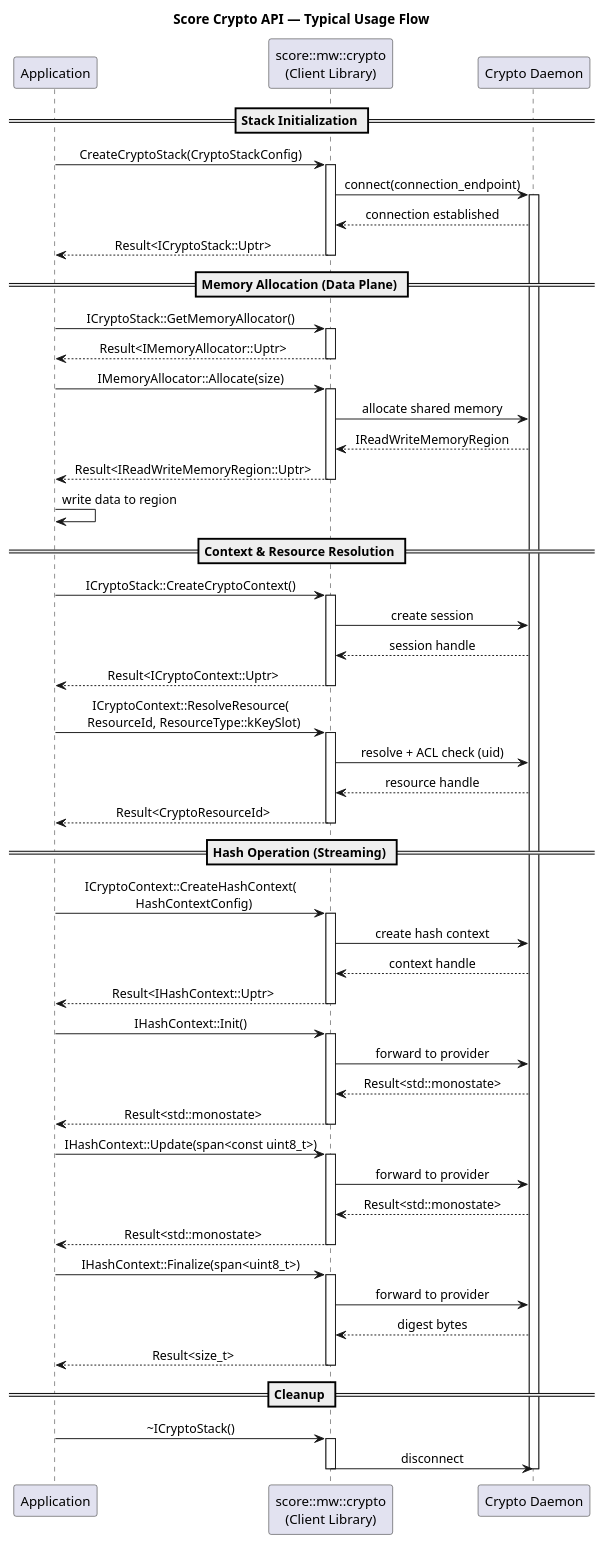
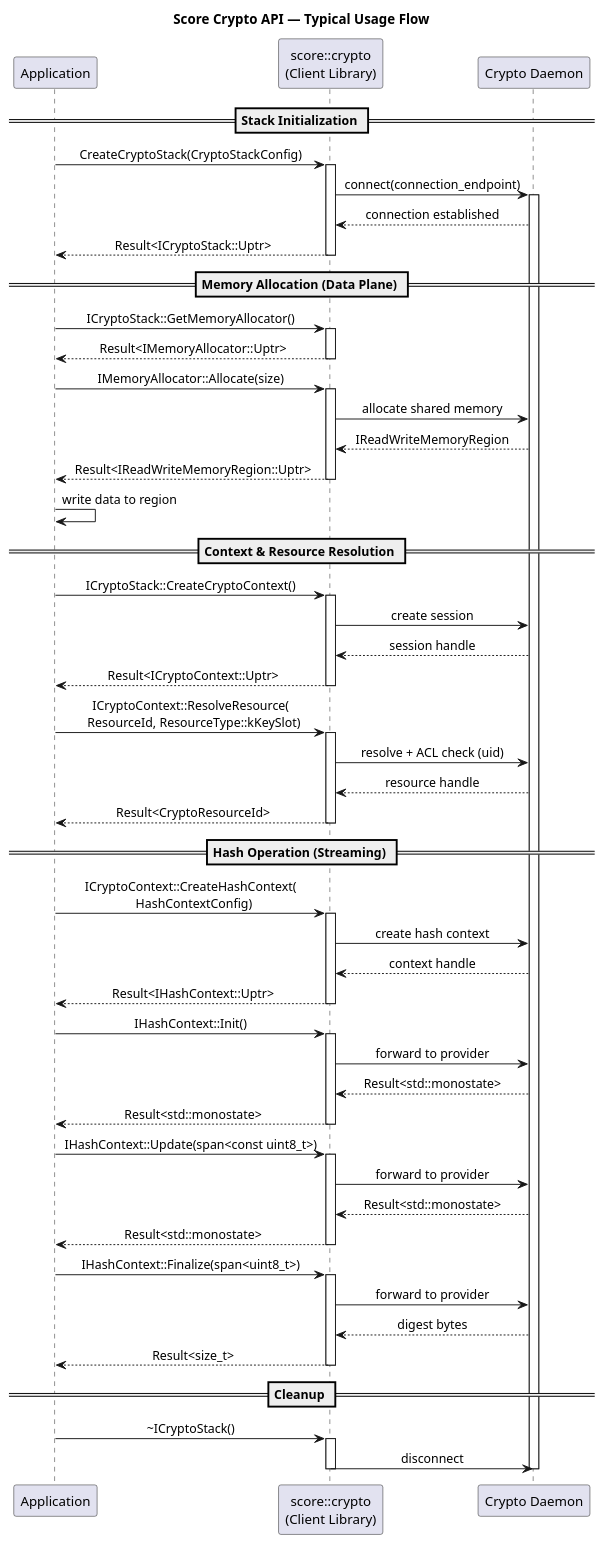
The diagram in docs/crypto/architecture/typical_usage_sequence.puml (eclipse-score/inc_security_crypto), drawn with PlantUML before and after one commit. The commit also changed 122 other files, not shown here.

Commit message:
namespace reflects folder structure, remove namespace score::mw::crypto

```diff
--- a/docs/crypto/architecture/typical_usage_sequence.puml
+++ b/docs/crypto/architecture/typical_usage_sequence.puml
@@ -1,94 +1,94 @@
 @startuml typical_usage_sequence
 
 'TODO: Update the diagram to reflect the latest API design and interaction patterns, including any new features or changes in the flow.
 
 title Score Crypto API — Typical Usage Flow
 
 skinparam sequenceMessageAlign center
 skinparam responseMessageBelowArrow true
 
 participant "Application" as App
-participant "score::mw::crypto\n(Client Library)" as Lib
+participant "score::crypto\n(Client Library)" as Lib
 participant "Crypto Daemon" as Daemon
 
 == Stack Initialization ==
 
 App -> Lib : CreateCryptoStack(CryptoStackConfig)
 activate Lib
 Lib -> Daemon : connect(connection_endpoint)
 activate Daemon
 Daemon --> Lib : connection established
 Lib --> App : Result<ICryptoStack::Uptr>
 deactivate Lib
 
 == Memory Allocation (Data Plane) ==
 
 App -> Lib : ICryptoStack::GetMemoryAllocator()
 activate Lib
 Lib --> App : Result<IMemoryAllocator::Uptr>
 deactivate Lib
 
 App -> Lib : IMemoryAllocator::Allocate(size)
 activate Lib
 Lib -> Daemon : allocate shared memory
 Daemon --> Lib : IReadWriteMemoryRegion
 Lib --> App : Result<IReadWriteMemoryRegion::Uptr>
 deactivate Lib
 
 App -> App : write data to region
 
 == Context & Resource Resolution ==
 
 App -> Lib : ICryptoStack::CreateCryptoContext()
 activate Lib
 Lib -> Daemon : create session
 Daemon --> Lib : session handle
 Lib --> App : Result<ICryptoContext::Uptr>
 deactivate Lib
 
 App -> Lib : ICryptoContext::ResolveResource(\n  ResourceId, ResourceType::kKeySlot)
 activate Lib
 Lib -> Daemon : resolve + ACL check (uid)
 Daemon --> Lib : resource handle
 Lib --> App : Result<CryptoResourceId>
 deactivate Lib
 
 == Hash Operation (Streaming) ==
 
 App -> Lib : ICryptoContext::CreateHashContext(\n  HashContextConfig)
 activate Lib
 Lib -> Daemon : create hash context
 Daemon --> Lib : context handle
 Lib --> App : Result<IHashContext::Uptr>
 deactivate Lib
 
 App -> Lib : IHashContext::Init()
 activate Lib
 Lib -> Daemon : forward to provider
 Daemon --> Lib : Result<std::monostate>
 Lib --> App : Result<std::monostate>
 deactivate Lib
 
 App -> Lib : IHashContext::Update(span<const uint8_t>)
 activate Lib
 Lib -> Daemon : forward to provider
 Daemon --> Lib : Result<std::monostate>
 Lib --> App : Result<std::monostate>
 deactivate Lib
 
 App -> Lib : IHashContext::Finalize(span<uint8_t>)
 activate Lib
 Lib -> Daemon : forward to provider
 Daemon --> Lib : digest bytes
 Lib --> App : Result<size_t>
 deactivate Lib
 
 == Cleanup ==
 
 App -> Lib : ~ICryptoStack()
 activate Lib
 Lib -> Daemon : disconnect
 deactivate Daemon
 deactivate Lib
 
 @enduml
```
